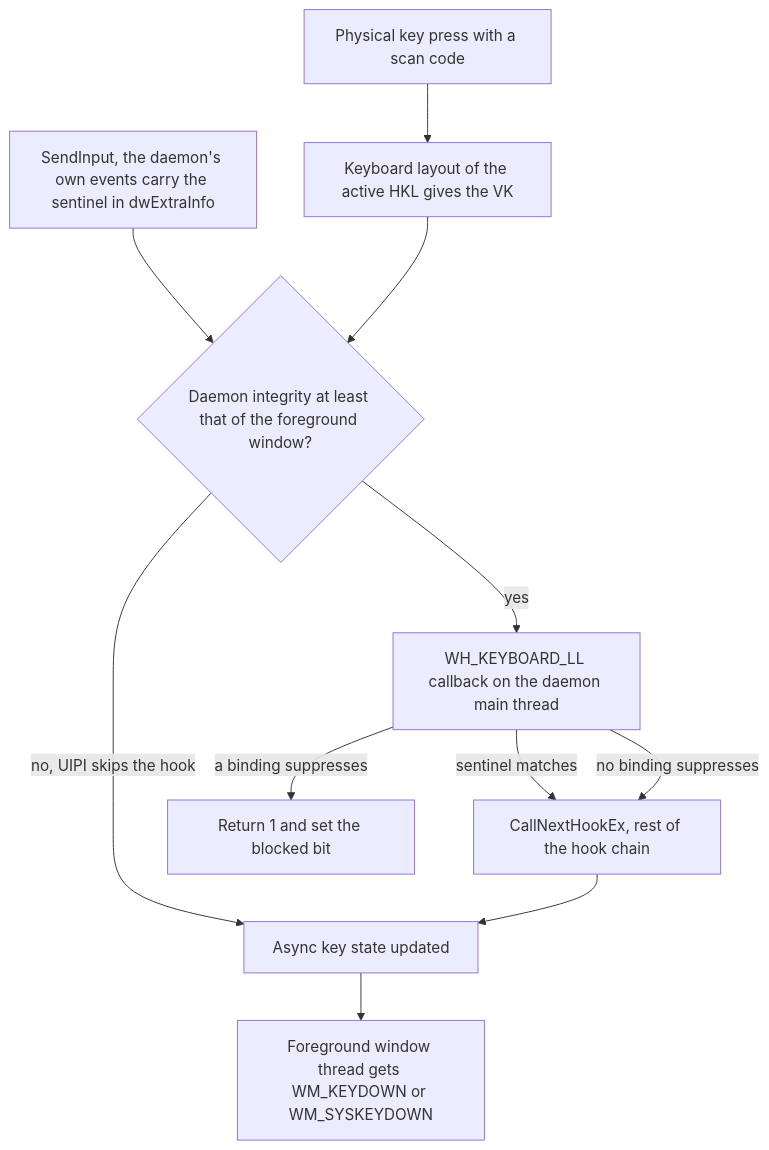
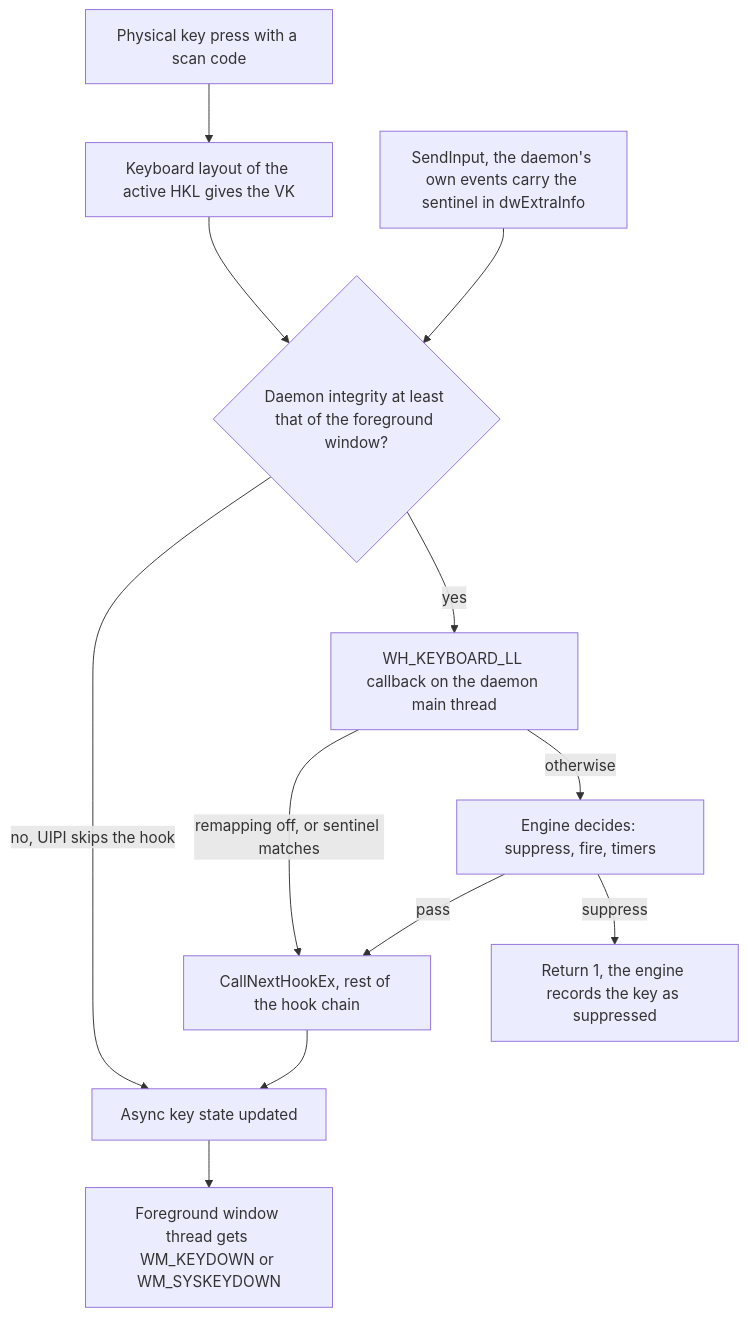
Before and after one commit to bluesteelll/key-switch-rs: the diagram in book/src/glossary.md, drawn with Mermaid. The commit also changed other lines of this file and 19 other files, not shown here.

First line of the commit message:
Book: describe master after roadmap Phase 0 (1dfd80a)

````diff
--- a/book/src/glossary.md
+++ b/book/src/glossary.md
@@ -14,13 +14,14 @@
 ```mermaid
 flowchart TD
     KEY["Physical key press with a scan code"] --> VK["Keyboard layout of the active HKL gives the VK"]
     SI["SendInput, the daemon's own events carry the sentinel in dwExtraInfo"] --> UIPI
     VK --> UIPI{"Daemon integrity at least that of the foreground window?"}
     UIPI -->|"no, UIPI skips the hook"| ASYNC
     UIPI -->|"yes"| HOOK["WH_KEYBOARD_LL callback on the daemon main thread"]
-    HOOK -->|"sentinel matches"| NEXT["CallNextHookEx, rest of the hook chain"]
-    HOOK -->|"no binding suppresses"| NEXT
-    HOOK -->|"a binding suppresses"| DROP["Return 1 and set the blocked bit"]
+    HOOK -->|"remapping off, or sentinel matches"| NEXT["CallNextHookEx, rest of the hook chain"]
+    HOOK -->|"otherwise"| ENG["Engine decides: suppress, fire, timers"]
+    ENG -->|"pass"| NEXT
+    ENG -->|"suppress"| DROP["Return 1, the engine records the key as suppressed"]
     NEXT --> ASYNC["Async key state updated"]
     ASYNC --> FG["Foreground window thread gets WM_KEYDOWN or WM_SYSKEYDOWN"]
 ```
````
